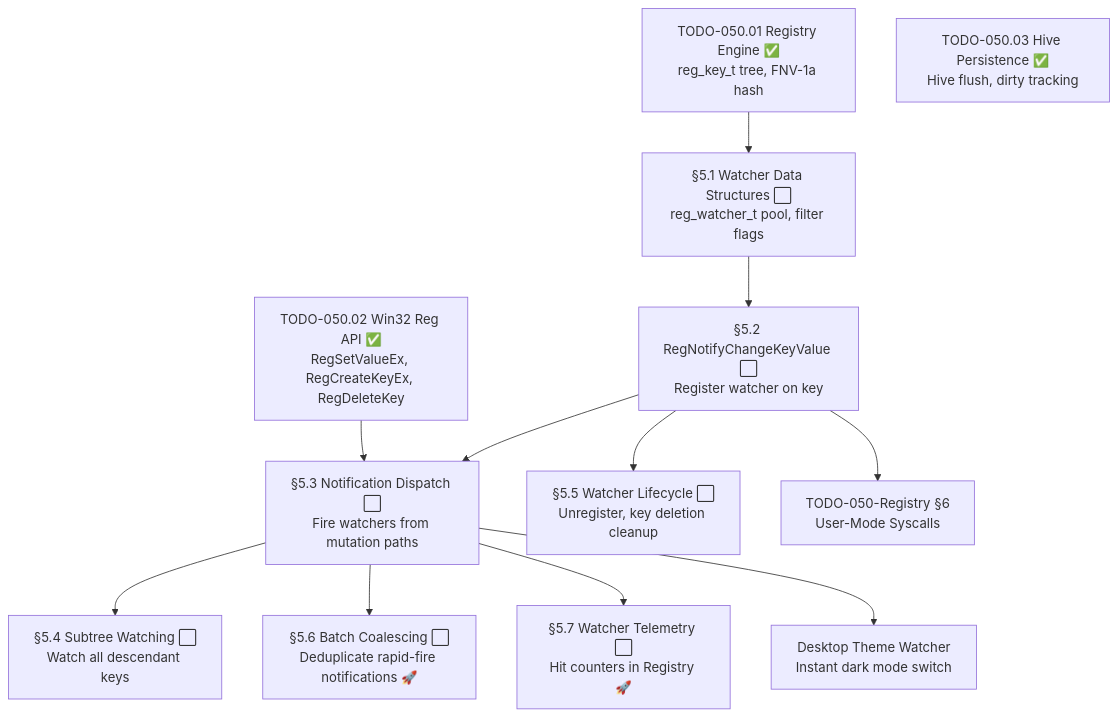
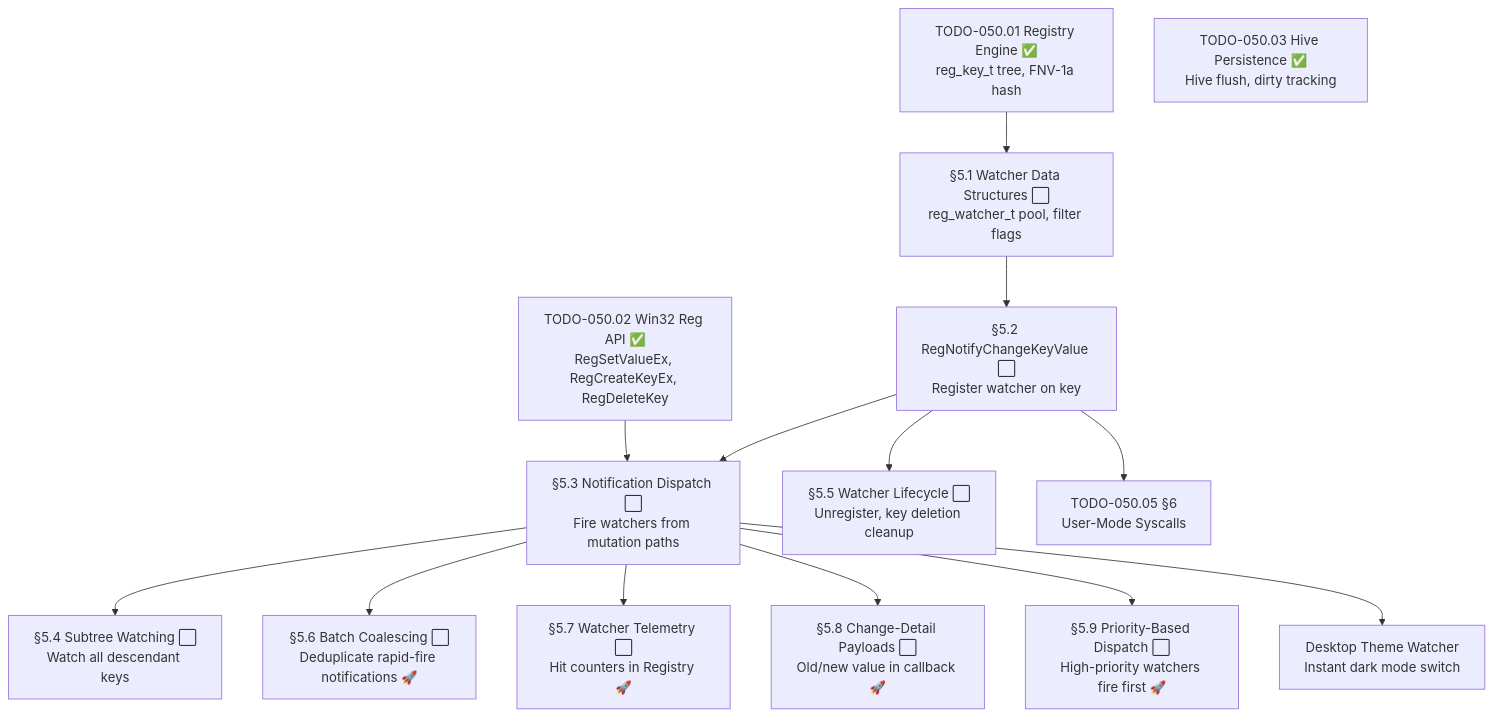
Before and after one commit to rizonesoft/impossible-os: the diagram in todo/010-Kernel-Foundations/TODO-050-Registry/TODO-050.04-Notification.md, drawn with Mermaid. The commit also changed other lines of this file and 1 other file, not shown here.

First line of the commit message:
todo: validate and enhance TODO-050.04-Notification

````diff
--- a/todo/010-Kernel-Foundations/TODO-050-Registry/TODO-050.04-Notification.md
+++ b/todo/010-Kernel-Foundations/TODO-050-Registry/TODO-050.04-Notification.md
@@ -27,28 +33,32 @@
 ```mermaid
 graph TD
     ENGINE["TODO-050.01 Registry Engine ✅<br/>reg_key_t tree, FNV-1a hash"]
     API["TODO-050.02 Win32 Reg API ✅<br/>RegSetValueEx, RegCreateKeyEx, RegDeleteKey"]
     HIVE["TODO-050.03 Hive Persistence ✅<br/>Hive flush, dirty tracking"]
 
     A["§5.1 Watcher Data Structures ⬜<br/>reg_watcher_t pool, filter flags"]
     B["§5.2 RegNotifyChangeKeyValue ⬜<br/>Register watcher on key"]
     C["§5.3 Notification Dispatch ⬜<br/>Fire watchers from mutation paths"]
     D["§5.4 Subtree Watching ⬜<br/>Watch all descendant keys"]
     E["§5.5 Watcher Lifecycle ⬜<br/>Unregister, key deletion cleanup"]
     F["§5.6 Batch Coalescing ⬜<br/>Deduplicate rapid-fire notifications 🚀"]
     G["§5.7 Watcher Telemetry ⬜<br/>Hit counters in Registry 🚀"]
+    H["§5.8 Change-Detail Payloads ⬜<br/>Old/new value in callback 🚀"]
+    I["§5.9 Priority-Based Dispatch ⬜<br/>High-priority watchers fire first 🚀"]
 
-    SYSCALL["TODO-050-Registry §6<br/>User-Mode Syscalls"]
+    SYSCALL["TODO-050.05 §6<br/>User-Mode Syscalls"]
     DESKTOP["Desktop Theme Watcher<br/>Instant dark mode switch"]
 
     ENGINE --> A
     API --> C
     A --> B
     B --> C
     C --> D
     B --> E
     C --> F
     C --> G
+    C --> H
+    C --> I
     B --> SYSCALL
     C --> DESKTOP
 ```
````
